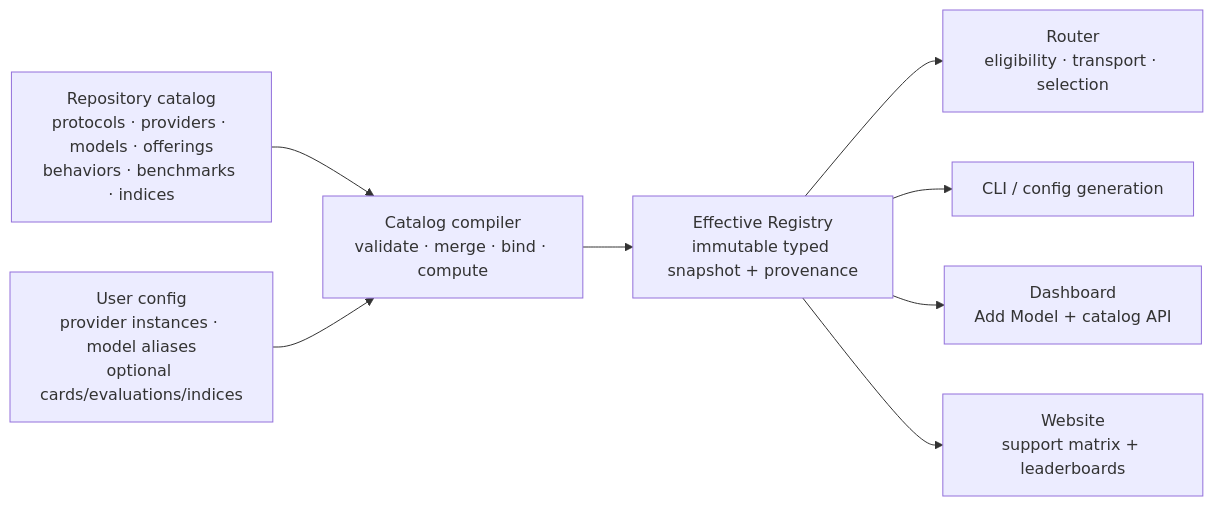
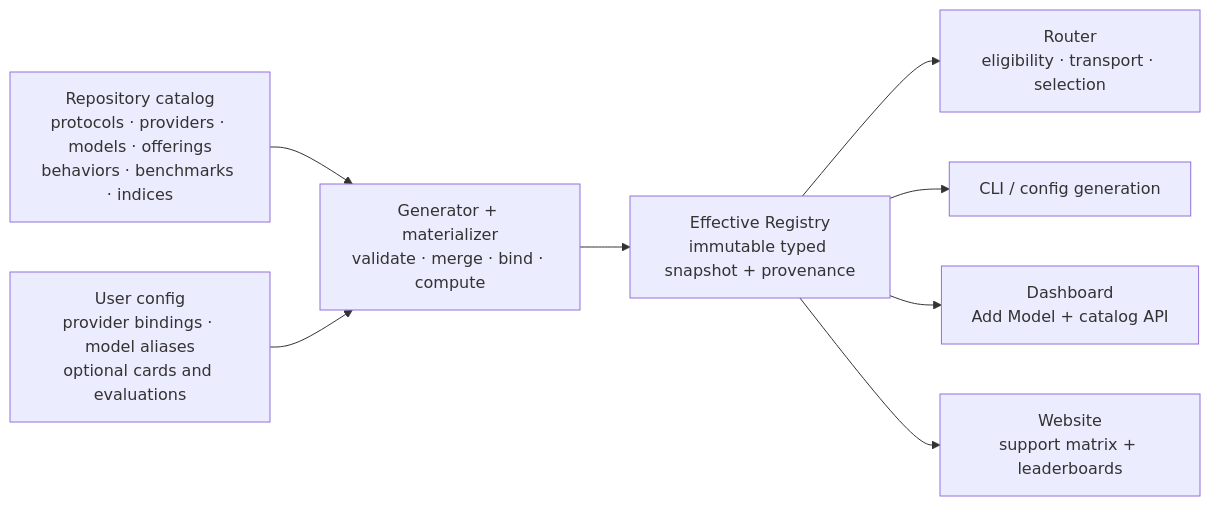
One commit to vuhluu/semantic-router changed the diagram in website/docs/proposals/unified-model-catalog-and-evaluation-index.md. Above: the diagram before and after it, drawn with Mermaid. The commit also changed other lines of this file and 405 other files, not shown here.

Commit message:
feat: implement unified model catalog

````diff
--- a/website/docs/proposals/unified-model-catalog-and-evaluation-index.md
+++ b/website/docs/proposals/unified-model-catalog-and-evaluation-index.md
@@ -102,19 +110,19 @@
 ```mermaid
 flowchart LR
   Builtins["Repository catalog\nprotocols · providers · models · offerings\nbehaviors · benchmarks · indices"]
-  User["User config\nprovider instances · model aliases\noptional cards/evaluations/indices"]
-  Compiler["Catalog compiler\nvalidate · merge · bind · compute"]
+  User["User config\nprovider bindings · model aliases\noptional cards and evaluations"]
+  Compiler["Generator + materializer\nvalidate · merge · bind · compute"]
   Registry["Effective Registry\nimmutable typed snapshot + provenance"]
   Router["Router\neligibility · transport · selection"]
   CLI["CLI / config generation"]
   Dashboard["Dashboard\nAdd Model + catalog API"]
   Website["Website\nsupport matrix + leaderboards"]
 
   Builtins --> Compiler
   User --> Compiler
   Compiler --> Registry
   Registry --> Router
   Registry --> CLI
   Registry --> Dashboard
   Registry --> Website
 ```
````
